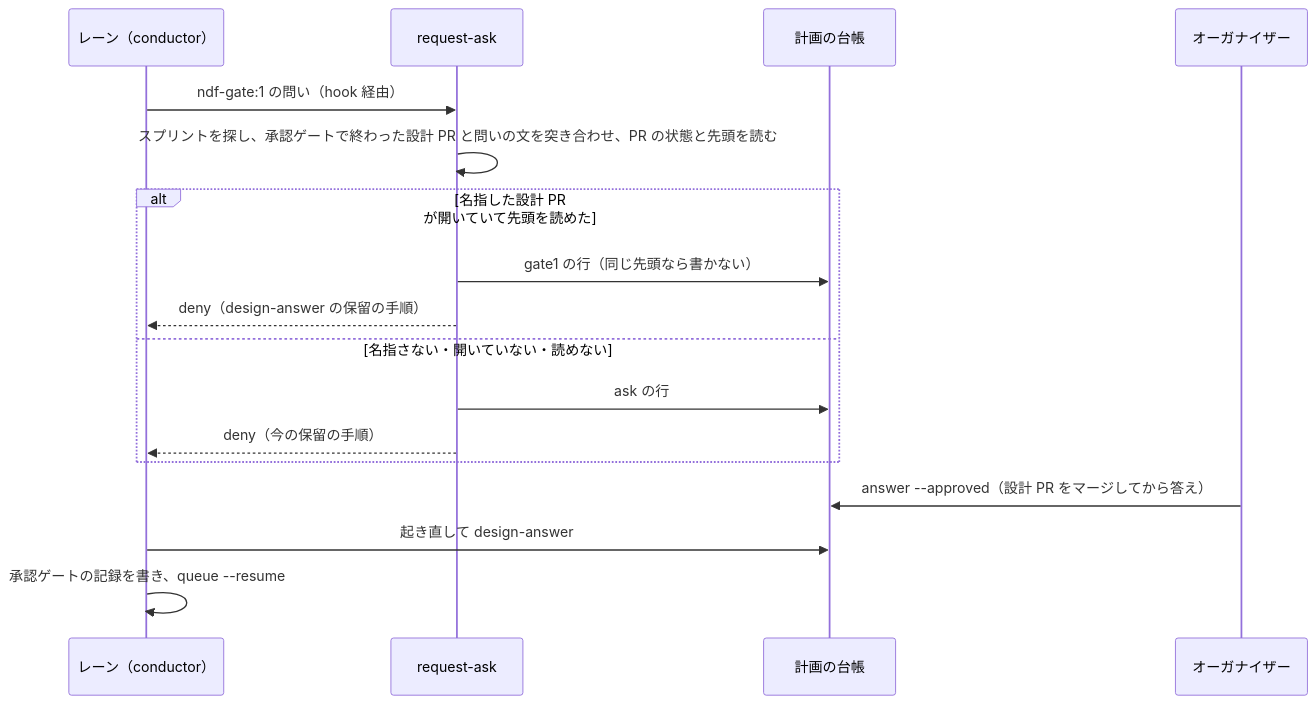
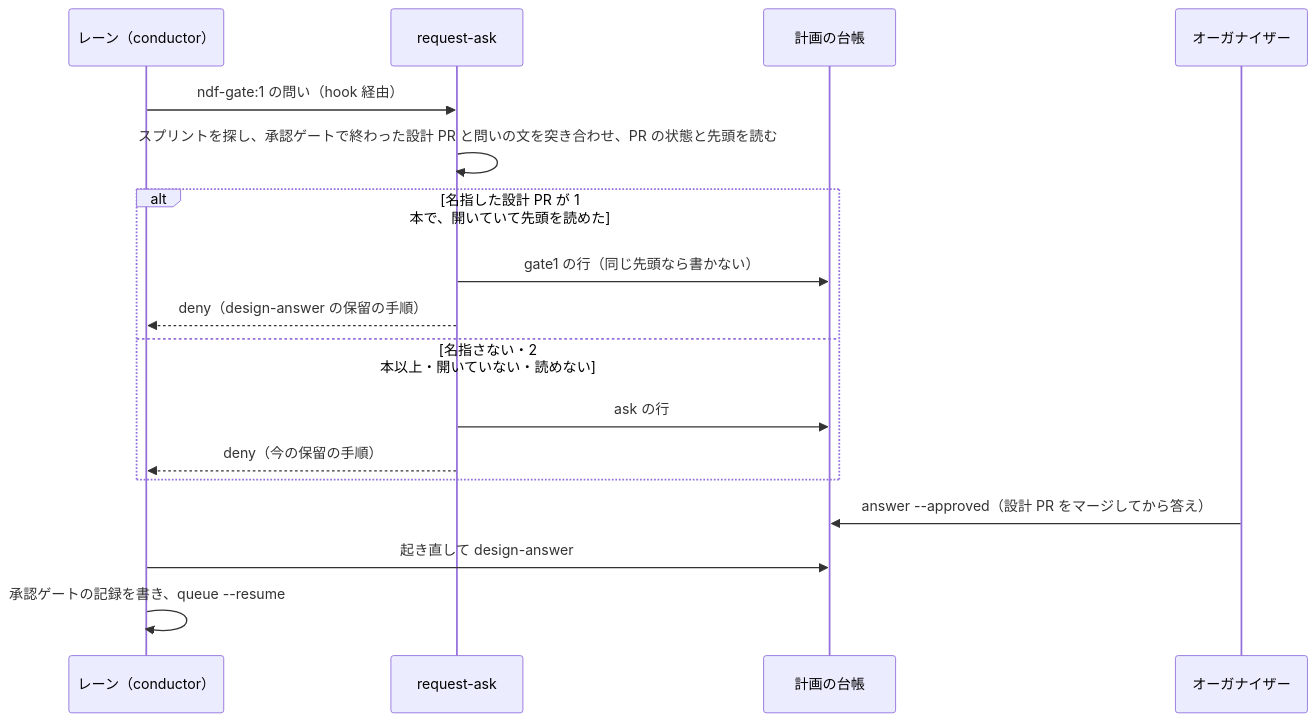
Before and after one commit to devbasex/ai-plugins: the third of 4 diagrams in issues/issue-3603-design.md, drawn with Mermaid. The commit also changed other lines of this file and 1 other file, not shown here.

````diff
--- a/issues/issue-3603-design.md
+++ b/issues/issue-3603-design.md
@@ -259,19 +274,19 @@
 ```mermaid
 sequenceDiagram
     participant C as レーン（conductor）
     participant R as request-ask
     participant L as 計画の台帳
     participant O as オーガナイザー
     C->>R: ndf-gate:1 の問い（hook 経由）
     R->>R: スプリントを探し、承認ゲートで終わった設計 PR と問いの文を突き合わせ、PR の状態と先頭を読む
-    alt 名指した設計 PR が開いていて先頭を読めた
+    alt 名指した設計 PR が 1 本で、開いていて先頭を読めた
         R->>L: gate1 の行（同じ先頭なら書かない）
         R-->>C: deny（design-answer の保留の手順）
-    else 名指さない・開いていない・読めない
+    else 名指さない・2 本以上・開いていない・読めない
         R->>L: ask の行
         R-->>C: deny（今の保留の手順）
     end
     O->>L: answer --approved（設計 PR をマージしてから答え）
     C->>L: 起き直して design-answer
     C->>C: 承認ゲートの記録を書き、queue --resume
 ```
````
